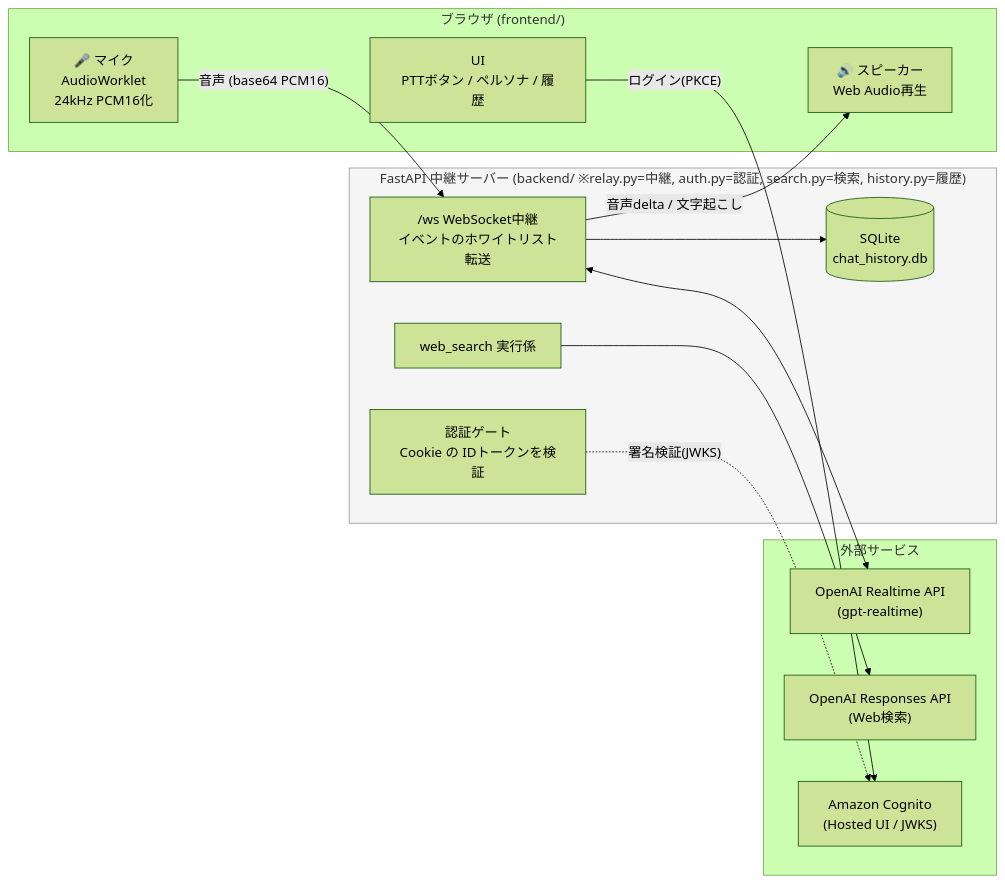
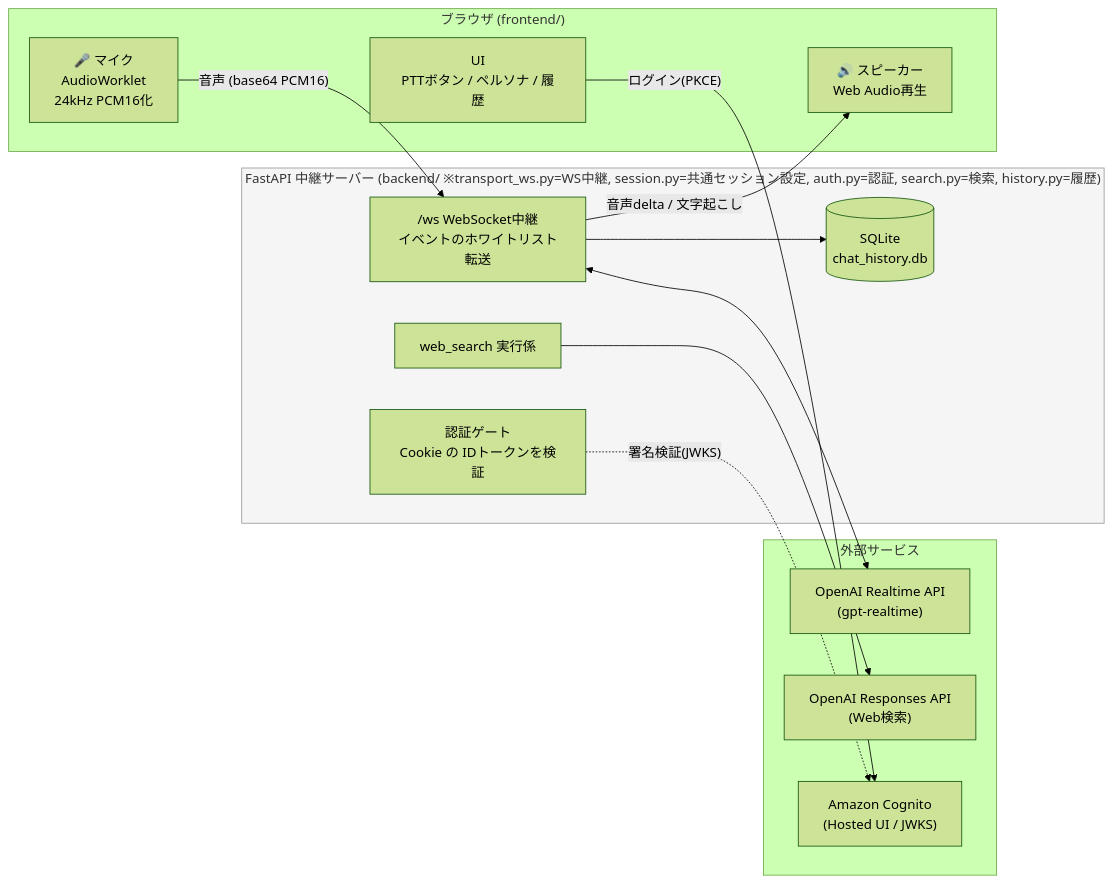
One commit to yoshiharu-ishii/realtime_voice changed the first of 9 diagrams in docs/architecture.md. Above: the diagram before and after it, drawn with Mermaid (forest theme). The commit also changed 10 other files, not shown here.

````diff
--- a/docs/architecture.md
+++ b/docs/architecture.md
@@ -7,31 +7,31 @@
 ```mermaid
 flowchart LR
     subgraph Browser["ブラウザ (frontend/)"]
         MIC["🎤 マイク<br/>AudioWorklet<br/>24kHz PCM16化"]
         SPK["🔊 スピーカー<br/>Web Audio再生"]
         UI["UI<br/>PTTボタン / ペルソナ / 履歴"]
     end
 
-    subgraph Relay["FastAPI 中継サーバー (backend/ ※relay.py=中継, auth.py=認証, search.py=検索, history.py=履歴)"]
+    subgraph Relay["FastAPI 中継サーバー (backend/ ※transport_ws.py=WS中継, session.py=共通セッション設定, auth.py=認証, search.py=検索, history.py=履歴)"]
         WS["/ws WebSocket中継<br/>イベントのホワイトリスト転送"]
         AUTH["認証ゲート<br/>Cookie の IDトークンを検証"]
         DB[("SQLite<br/>chat_history.db")]
         TOOL["web_search 実行係"]
     end
 
     subgraph External["外部サービス"]
         OAI["OpenAI Realtime API<br/>(gpt-realtime)"]
         RESP["OpenAI Responses API<br/>(Web検索)"]
         COG["Amazon Cognito<br/>(Hosted UI / JWKS)"]
     end
 
     MIC -- "音声 (base64 PCM16)" --> WS
     WS -- "音声delta / 文字起こし" --> SPK
     WS <--> OAI
     TOOL --> RESP
     WS --> DB
     UI -- "ログイン(PKCE)" --> COG
     AUTH -. "署名検証(JWKS)" .-> COG
 
     style Relay fill:#f5f5f5,stroke:#999,color:#333
 ```
````
